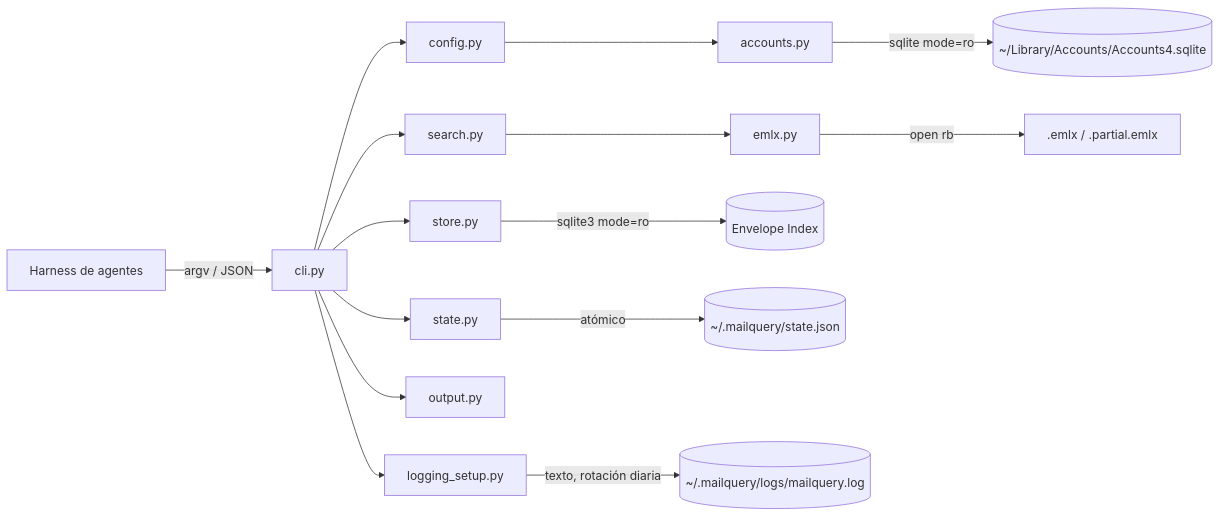
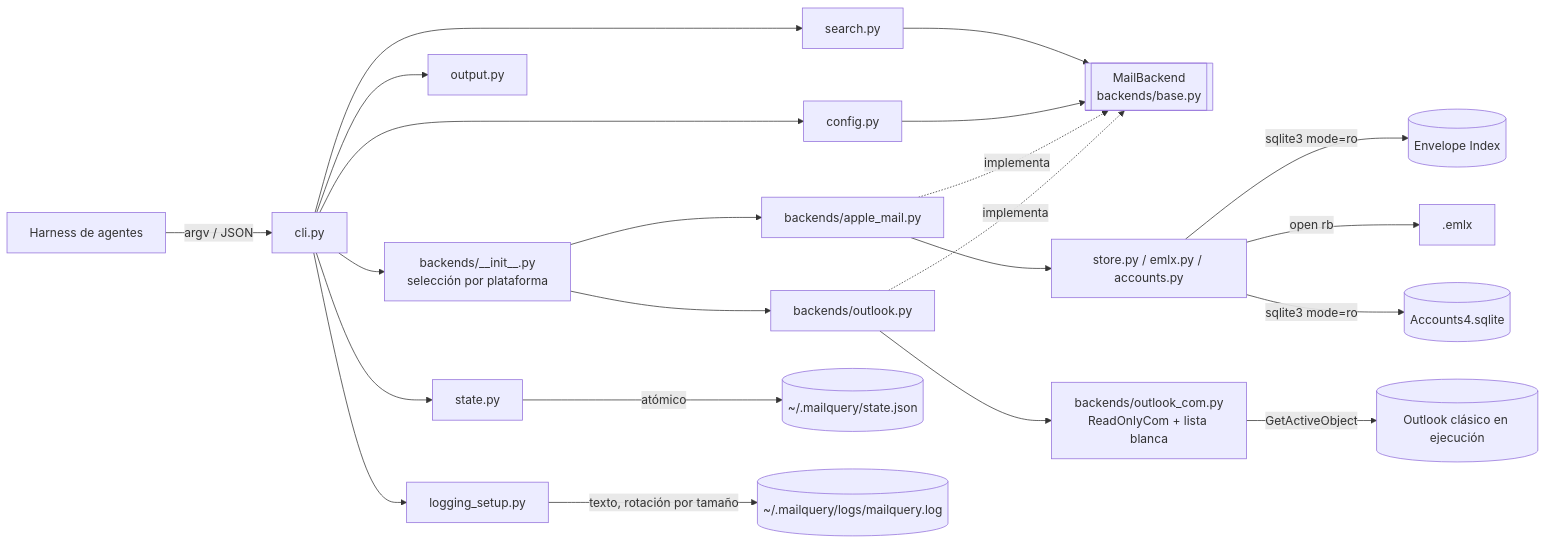
The diagram in docs/PRD.md (dayler/mailquery), drawn with Mermaid before and after one commit. The commit also changed other lines of this file and 2 other files, not shown here.

First line of the commit message:
docs(prd): v1.0 with Windows + classic Outlook support and backend annexes

````diff
--- a/docs/PRD.md
+++ b/docs/PRD.md
@@ -206,17 +244,24 @@
 ```mermaid
 flowchart LR
     H[Harness de agentes] -->|argv / JSON| CLI[cli.py]
     CLI --> CFG[config.py]
-    CFG --> ACC[accounts.py]
-    ACC -->|sqlite mode=ro| ADS[(~/Library/Accounts/Accounts4.sqlite)]
     CLI --> LOG[logging_setup.py]
-    CLI --> ST[store.py]
     CLI --> SR[search.py]
     CLI --> OUT[output.py]
     CLI --> STT[state.py]
-    SR --> ENV[emlx.py]
+    CLI --> SEL[backends/__init__.py<br/>selección por plataforma]
+    SR --> IF[[MailBackend<br/>backends/base.py]]
+    CFG --> IF
+    SEL --> AM[backends/apple_mail.py]
+    SEL --> OL[backends/outlook.py]
+    AM -.implementa.-> IF
+    OL -.implementa.-> IF
+    AM --> ST[store.py / emlx.py / accounts.py]
     ST -->|sqlite3 mode=ro| EI[(Envelope Index)]
-    ENV -->|open rb| EM[.emlx / .partial.emlx]
+    ST -->|open rb| EM[.emlx]
+    ST -->|sqlite3 mode=ro| ADS[(Accounts4.sqlite)]
+    OL --> COM[backends/outlook_com.py<br/>ReadOnlyCom + lista blanca]
+    COM -->|GetActiveObject| OUTLOOK[(Outlook clásico en ejecución)]
     STT -->|atómico| STATE[(~/.mailquery/state.json)]
-    LOG -->|texto, rotación diaria| LOGF[(~/.mailquery/logs/mailquery.log)]
+    LOG -->|texto, rotación por tamaño| LOGF[(~/.mailquery/logs/mailquery.log)]
 ```
````
